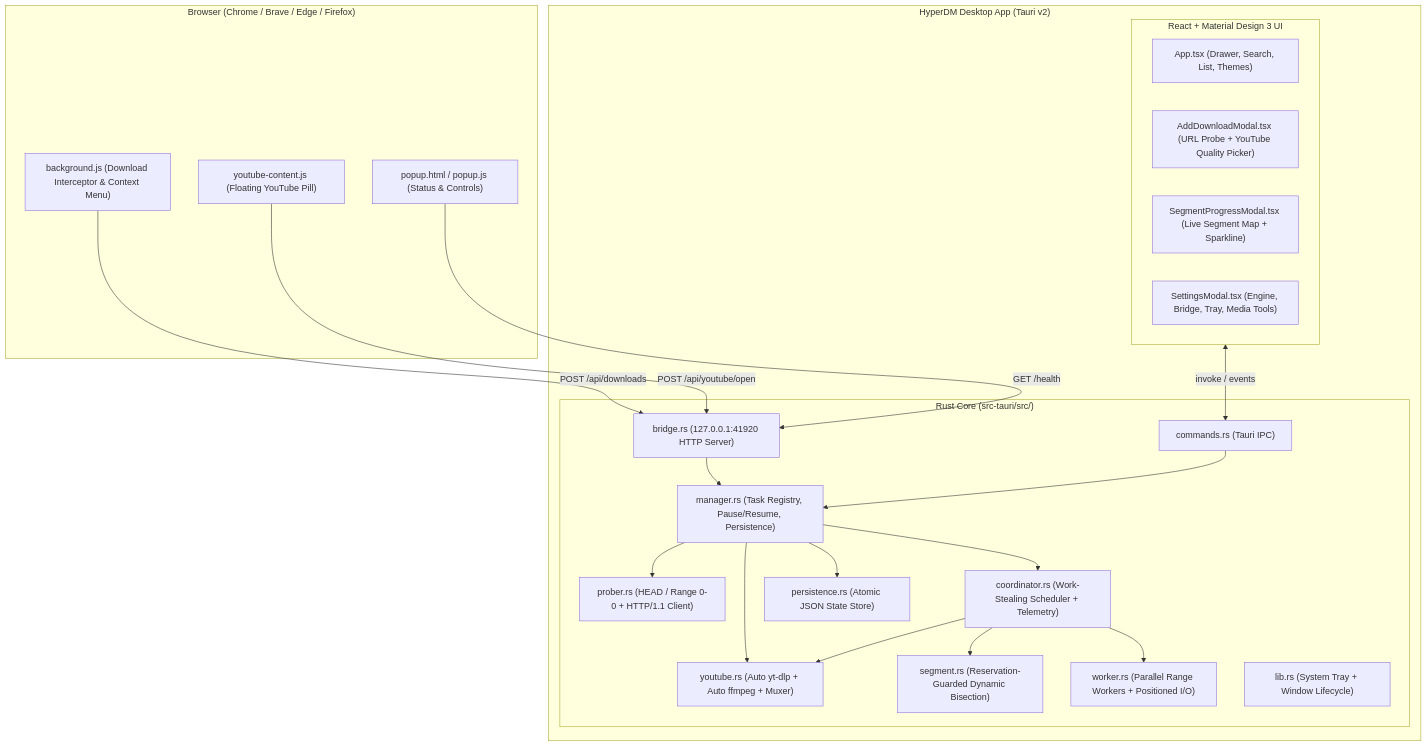
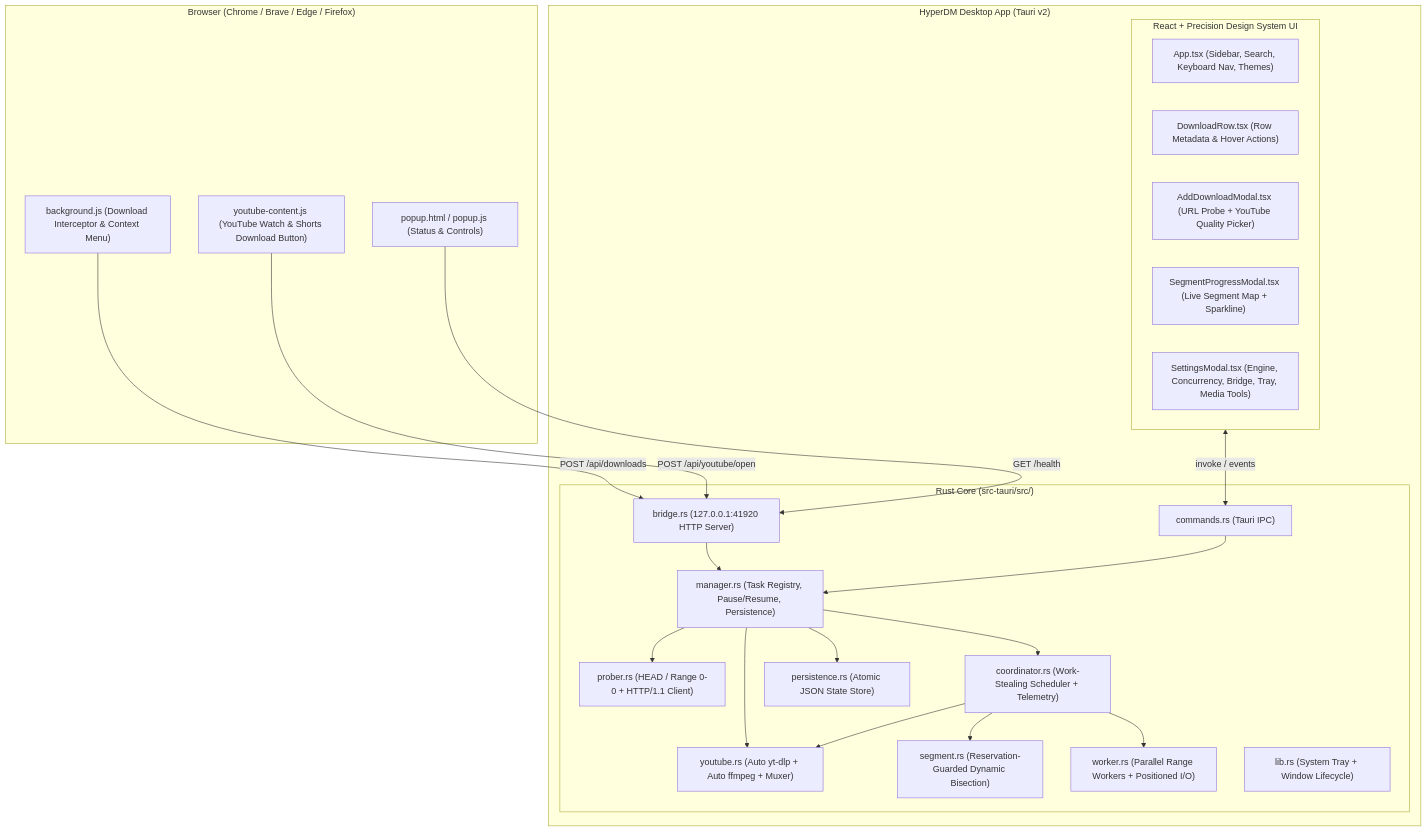
The diagram in GUIDE.md (suraj1803/HyperDm), drawn with Mermaid before and after one commit. The commit also changed other lines of this file and 5 other files, not shown here.

````diff
--- a/GUIDE.md
+++ b/GUIDE.md
@@ -23,44 +23,45 @@
 ```mermaid
 flowchart TB
     subgraph Browser["Browser (Chrome / Brave / Edge / Firefox)"]
         ExtBG["background.js (Download Interceptor & Context Menu)"]
-        ExtYT["youtube-content.js (Floating YouTube Pill)"]
+        ExtYT["youtube-content.js (YouTube Watch & Shorts Download Button)"]
         ExtPop["popup.html / popup.js (Status & Controls)"]
     end
 
     subgraph Desktop["HyperDM Desktop App (Tauri v2)"]
-        subgraph UI["React + Material Design 3 UI"]
-            App["App.tsx (Drawer, Search, List, Themes)"]
+        subgraph UI["React + Precision Design System UI"]
+            App["App.tsx (Sidebar, Search, Keyboard Nav, Themes)"]
+            Row["DownloadRow.tsx (Row Metadata & Hover Actions)"]
             AddModal["AddDownloadModal.tsx (URL Probe + YouTube Quality Picker)"]
             SegModal["SegmentProgressModal.tsx (Live Segment Map + Sparkline)"]
-            SetModal["SettingsModal.tsx (Engine, Bridge, Tray, Media Tools)"]
+            SetModal["SettingsModal.tsx (Engine, Concurrency, Bridge, Tray, Media Tools)"]
         end
 
         subgraph Rust["Rust Core (src-tauri/src/)"]
             Cmds["commands.rs (Tauri IPC)"]
             Bridge["bridge.rs (127.0.0.1:41920 HTTP Server)"]
             Mgr["manager.rs (Task Registry, Pause/Resume, Persistence)"]
             Prober["prober.rs (HEAD / Range 0-0 + HTTP/1.1 Client)"]
             YT["youtube.rs (Auto yt-dlp + Auto ffmpeg + Muxer)"]
             Coord["coordinator.rs (Work-Stealing Scheduler + Telemetry)"]
             Seg["segment.rs (Reservation-Guarded Dynamic Bisection)"]
             Worker["worker.rs (Parallel Range Workers + Positioned I/O)"]
             Store["persistence.rs (Atomic JSON State Store)"]
             Tray["lib.rs (System Tray + Window Lifecycle)"]
         end
     end
 
     ExtBG -->|POST /api/downloads| Bridge
     ExtYT -->|POST /api/youtube/open| Bridge
     ExtPop -->|GET /health| Bridge
     Bridge --> Mgr
     UI <-->|invoke / events| Cmds
     Cmds --> Mgr
     Mgr --> Prober
     Mgr --> YT
     Mgr --> Coord
     Mgr --> Store
     Coord --> Seg
     Coord --> Worker
     Coord --> YT
 ```
````
